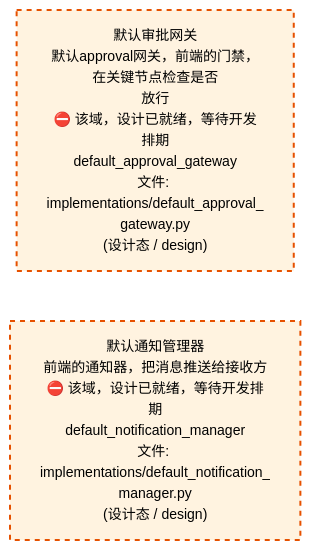
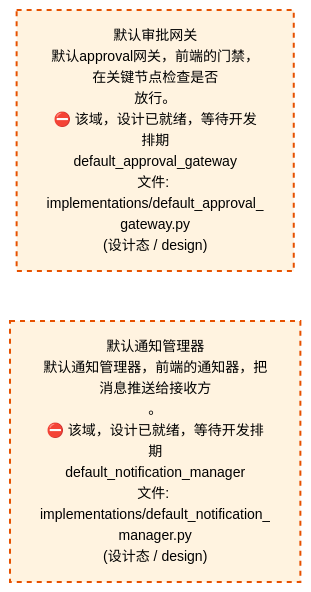
Before and after one commit to xuanFelixVan/ZephyrAlpha: the third of 4 diagrams in docs/02_enterprise_architecture/02_domain_architecture_docs/47_d_frontend.md, drawn with Mermaid. The commit also changed other lines of this file and 58 other files, not shown here.

````diff
--- a/docs/02_enterprise_architecture/02_domain_architecture_docs/47_d_frontend.md
+++ b/docs/02_enterprise_architecture/02_domain_architecture_docs/47_d_frontend.md
@@ -177,12 +177,12 @@
 ```mermaid
 %%{init: {'theme': 'base', 'themeVariables': {'primaryColor': '#eaeaea', 'primaryTextColor': '#333333', 'primaryBorderColor': '#666666', 'lineColor': '#666666', 'secondaryColor': '#eaeaea', 'tertiaryColor': '#eaeaea', 'fontSize': '14px'}}}%%
 flowchart TD
-    src_zephyr_frontend_implementations_default_approval_gateway_py["默认审批网关<br/>默认approval网关，前端的门禁，在关键节点检查是否<br/>放行<br/>⛔ 该域，设计已就绪，等待开发排期<br/>default_approval_gateway<br/>文件: implementations/default_approval_<br/>gateway.py<br/>(设计态 / design)"]
-    src_zephyr_frontend_implementations_default_notification_manager_py["默认通知管理器<br/>前端的通知器，把消息推送给接收方<br/>⛔ 该域，设计已就绪，等待开发排期<br/>default_notification_manager<br/>文件: implementations/default_notification_<br/>manager.py<br/>(设计态 / design)"]
+    src_zephyr_frontend_implementations_default_approval_gateway_py["默认审批网关<br/>默认approval网关，前端的门禁，在关键节点检查是否<br/>放行。<br/>⛔ 该域，设计已就绪，等待开发排期<br/>default_approval_gateway<br/>文件: implementations/default_approval_<br/>gateway.py<br/>(设计态 / design)"]
+    src_zephyr_frontend_implementations_default_notification_manager_py["默认通知管理器<br/>默认通知管理器，前端的通知器，把消息推送给接收方<br/>。<br/>⛔ 该域，设计已就绪，等待开发排期<br/>default_notification_manager<br/>文件: implementations/default_notification_<br/>manager.py<br/>(设计态 / design)"]
     src_zephyr_frontend_implementations_default_approval_gateway_py ~~~ src_zephyr_frontend_implementations_default_notification_manager_py
     classDef production fill:#e1f5fe,stroke:#01579b,stroke-width:2px,color:#000
     classDef design fill:#fff3e0,stroke:#e65100,stroke-width:2px,color:#000,stroke-dasharray: 5 5
     classDef external_prod fill:#e8f4fd,stroke:#0277bd,stroke-width:1px,color:#000
     classDef external_design fill:#fff8e7,stroke:#ef6c00,stroke-width:1px,color:#000,stroke-dasharray: 5 5
     class src_zephyr_frontend_implementations_default_approval_gateway_py,src_zephyr_frontend_implementations_default_notification_manager_py design
 ```
````
